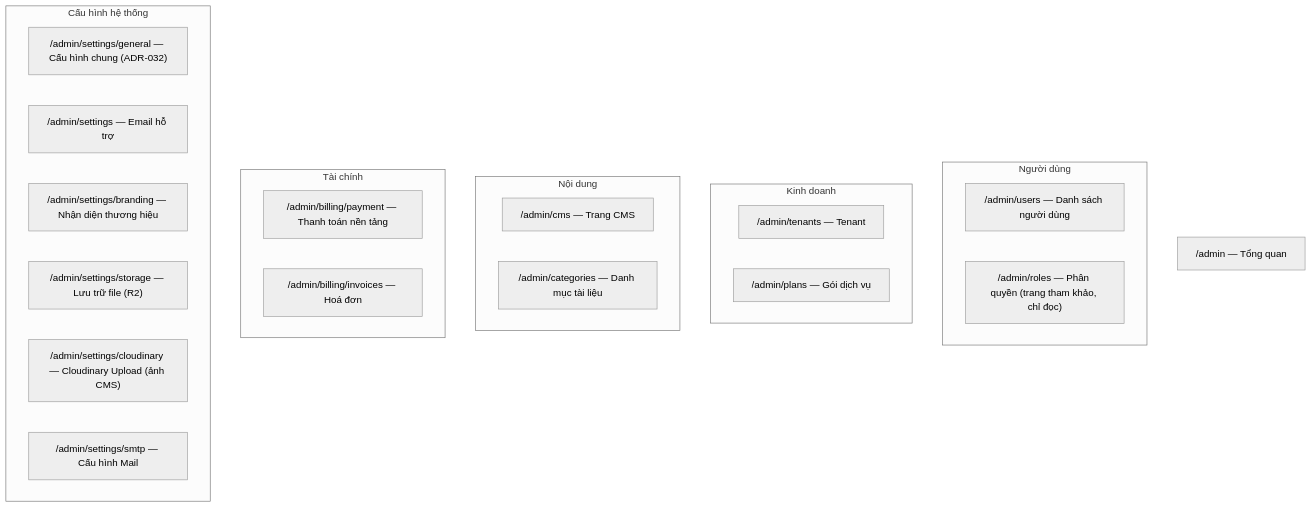
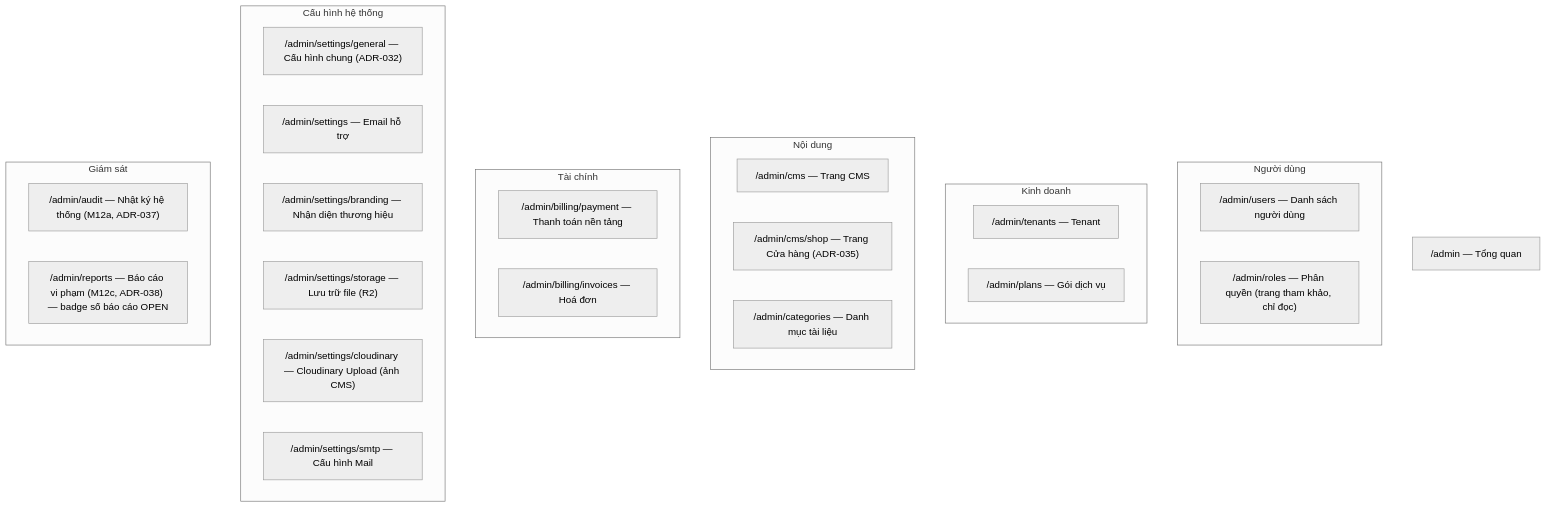
The first of 2 diagrams in obsidian-knowledge-base/02-System-Specs/User-Management-System-Center-Specs.md (vtphong91/gieochu), drawn with Mermaid (neutral theme) before and after one commit. The commit also changed other lines of this file and 177 other files, not shown here.

````diff
--- a/obsidian-knowledge-base/02-System-Specs/User-Management-System-Center-Specs.md
+++ b/obsidian-knowledge-base/02-System-Specs/User-Management-System-Center-Specs.md
@@ -38,28 +39,33 @@
 ```mermaid
 flowchart TB
     Root["/admin — Tổng quan"]
     subgraph G1["Người dùng"]
         U1["/admin/users — Danh sách người dùng"]
         U2["/admin/roles — Phân quyền (trang tham khảo, chỉ đọc)"]
     end
     subgraph G2["Kinh doanh"]
         B1["/admin/tenants — Tenant"]
         B2["/admin/plans — Gói dịch vụ"]
     end
     subgraph G3["Nội dung"]
         C1["/admin/cms — Trang CMS"]
+        C3["/admin/cms/shop — Trang Cửa hàng (ADR-035)"]
         C2["/admin/categories — Danh mục tài liệu"]
     end
     subgraph G4["Tài chính"]
         F1["/admin/billing/payment — Thanh toán nền tảng"]
         F2["/admin/billing/invoices — Hoá đơn"]
     end
     subgraph G5["Cấu hình hệ thống"]
         S0["/admin/settings/general — Cấu hình chung (ADR-032)"]
         S1["/admin/settings — Email hỗ trợ"]
         S2["/admin/settings/branding — Nhận diện thương hiệu"]
         S3["/admin/settings/storage — Lưu trữ file (R2)"]
         S4["/admin/settings/cloudinary — Cloudinary Upload (ảnh CMS)"]
         S5["/admin/settings/smtp — Cấu hình Mail"]
     end
+    subgraph G6["Giám sát"]
+        M1["/admin/audit — Nhật ký hệ thống (M12a, ADR-037)"]
+        M2["/admin/reports — Báo cáo vi phạm (M12c, ADR-038) — badge số báo cáo OPEN"]
+    end
 ```
````
